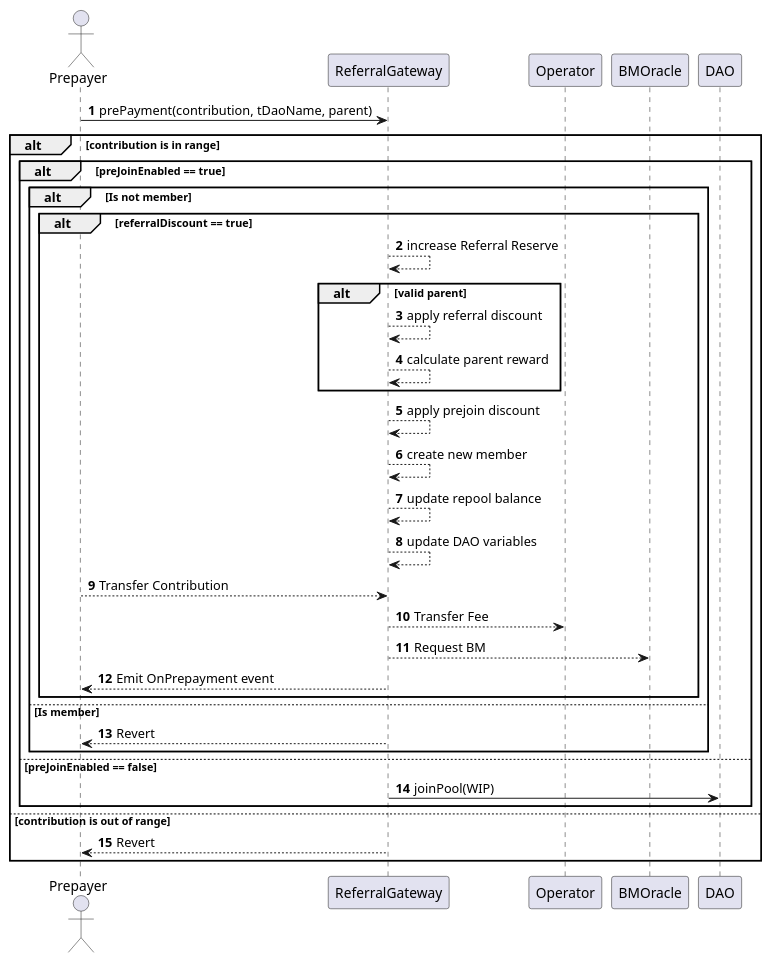
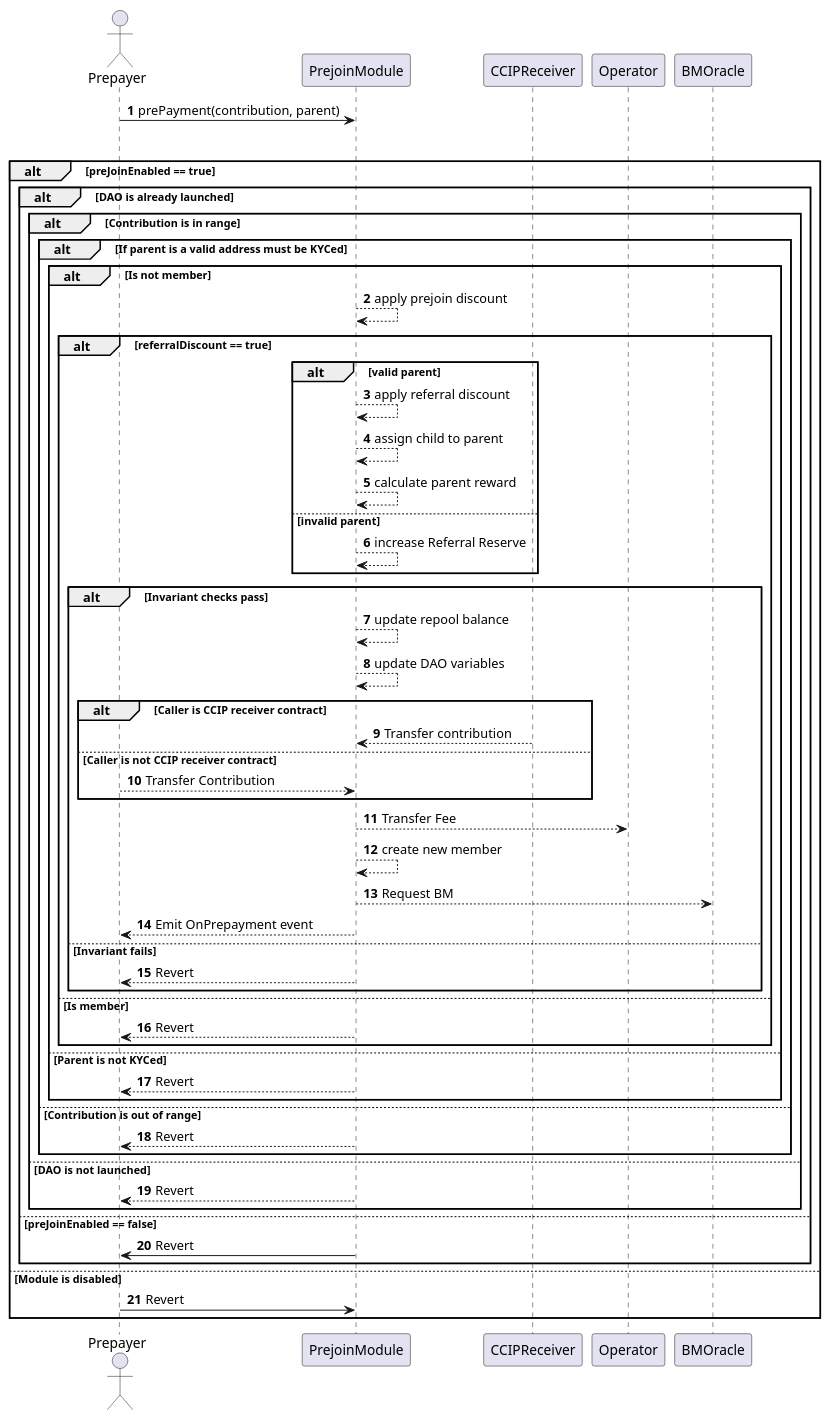
Before and after one commit to TakafulDAO/takasure.sc: the diagram in docs/sequence_diagrams/PrejoinModule/02-payments-no-coupon.puml, drawn with PlantUML.

Commit message:
chore: fix pay contribution without coupon diagram

```diff
--- a/docs/sequence_diagrams/PrejoinModule/02-payments-no-coupon.puml
+++ b/docs/sequence_diagrams/PrejoinModule/02-payments-no-coupon.puml
@@ -1,44 +1,69 @@
 @startuml Payments
 autonumber
 
 actor Prepayer
 
-Prepayer -> ReferralGateway: prePayment(contribution, tDaoName, parent)
+Prepayer -> PrejoinModule: prePayment(contribution, parent)
 
-alt contribution is in range
+alt Module is enabled
+    alt preJoinEnabled == true
+        alt DAO is already launched
+            alt Contribution is in range
+                alt If parent is a valid address must be KYCed
+                    alt Is not member
 
-    alt preJoinEnabled == true
+                        PrejoinModule --> PrejoinModule: apply prejoin discount
 
-        alt Is not member
+                        alt referralDiscount == true                
+                            alt valid parent
+                                PrejoinModule --> PrejoinModule: apply referral discount
+                                PrejoinModule --> PrejoinModule: assign child to parent
+                                PrejoinModule --> PrejoinModule: calculate parent reward
+                            else invalid parent
+                                PrejoinModule --> PrejoinModule: increase Referral Reserve
+                            end
 
-            alt referralDiscount == true
-                ReferralGateway --> ReferralGateway: increase Referral Reserve
-                
-                alt valid parent
-                    ReferralGateway --> ReferralGateway: apply referral discount
-                    ReferralGateway --> ReferralGateway: calculate parent reward
+                        alt Invariant checks pass
+                            PrejoinModule --> PrejoinModule: update repool balance
+                            PrejoinModule --> PrejoinModule: update DAO variables
+
+                            alt Caller is CCIP receiver contract
+                                CCIPReceiver --> PrejoinModule: Transfer contribution
+                            else Caller is not CCIP receiver contract
+                                Prepayer --> PrejoinModule: Transfer Contribution
+                            end
+
+                            PrejoinModule --> Operator: Transfer Fee
+                            PrejoinModule --> PrejoinModule: create new member
+                            PrejoinModule --> BMOracle: Request BM
+                            PrejoinModule --> Prepayer: Emit OnPrepayment event
+
+                        else Invariant fails
+                            PrejoinModule --> Prepayer: Revert
+                        end
+
+                    else Is member
+                        PrejoinModule --> Prepayer: Revert
+                    end
+
+                else Parent is not KYCed
+                    PrejoinModule --> Prepayer: Revert
                 end
 
-            ReferralGateway --> ReferralGateway: apply prejoin discount
-            ReferralGateway --> ReferralGateway: create new member
-            ReferralGateway --> ReferralGateway: update repool balance
-            ReferralGateway --> ReferralGateway: update DAO variables
-            Prepayer --> ReferralGateway: Transfer Contribution
-            ReferralGateway --> Operator: Transfer Fee
-            ReferralGateway --> BMOracle: Request BM
-            ReferralGateway --> Prepayer: Emit OnPrepayment event
+            else Contribution is out of range
+                PrejoinModule --> Prepayer: Revert
             end
 
-        else Is member
-            ReferralGateway --> Prepayer: Revert
+        else DAO is not launched
+            PrejoinModule --> Prepayer: Revert
         end
 
     else preJoinEnabled == false
-    ReferralGateway -> DAO: joinPool(WIP)
+        PrejoinModule -> Prepayer: Revert
     end
 
-else contribution is out of range
-    ReferralGateway --> Prepayer: Revert
+else Module is disabled
+    Prepayer -> PrejoinModule: Revert
 end
 
 @enduml    
```
